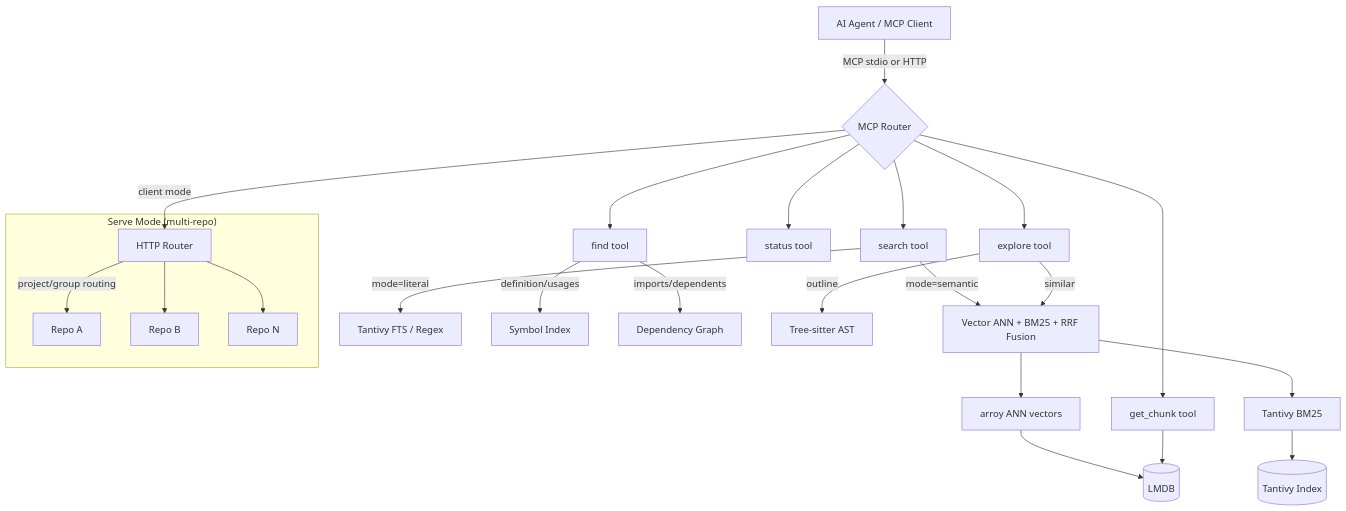
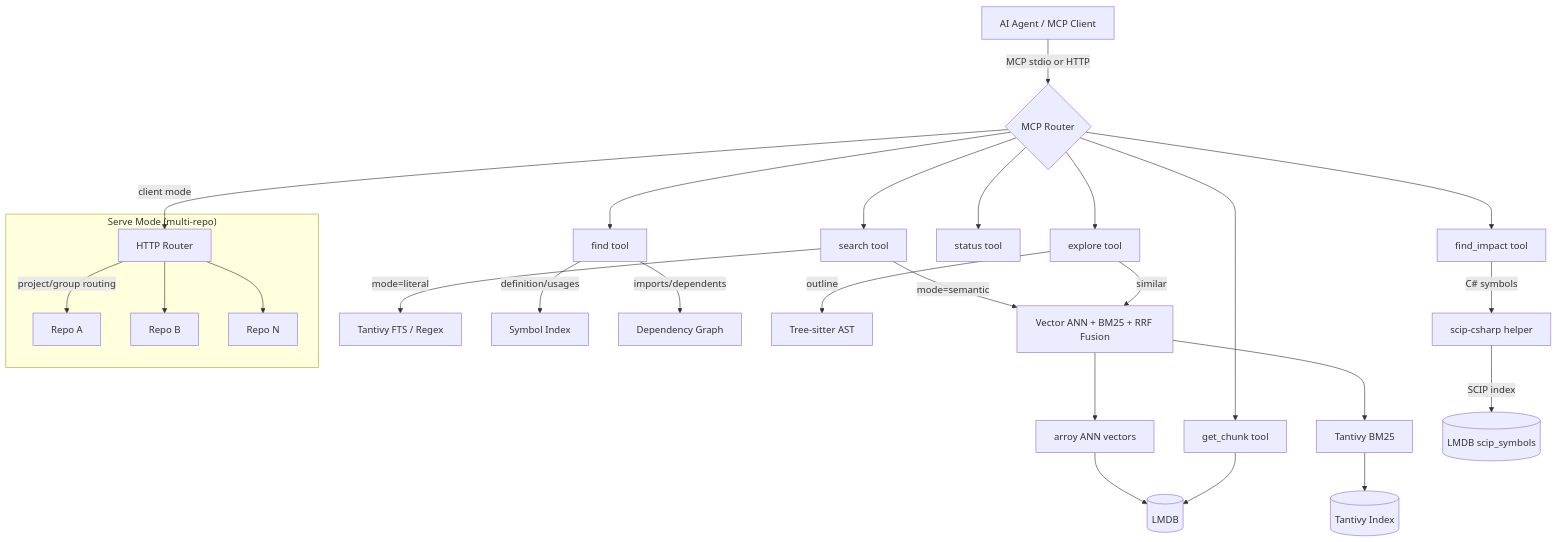
The diagram in README.md (flupkede/codesearch), drawn with Mermaid before and after one commit. The commit also changed other lines of this file and 1 other file, not shown here.

Commit message:
[worker] stage 6/6: add find_impact docs, C# semantic search section, CHANGELOG entry

````diff
--- a/README.md
+++ b/README.md
@@ -18,34 +18,38 @@
 ```mermaid
 graph TB
     Agent[AI Agent / MCP Client] -->|MCP stdio or HTTP| Router{MCP Router}
 
     Router --> Search[search tool]
     Router --> Find[find tool]
     Router --> Explore[explore tool]
     Router --> GetChunk[get_chunk tool]
+    Router --> FindImpact[find_impact tool]
     Router --> Status[status tool]
 
     Search -->|mode=semantic| Semantic[Vector ANN + BM25 + RRF Fusion]
     Search -->|mode=literal| Literal[Tantivy FTS / Regex]
 
     Find -->|definition/usages| SymbolIndex[Symbol Index]
     Find -->|imports/dependents| DepGraph[Dependency Graph]
 
     Explore -->|outline| TreeSitter[Tree-sitter AST]
     Explore -->|similar| Semantic
 
     Semantic --> Arroy[arroy ANN vectors]
     Semantic --> Tantivy[Tantivy BM25]
     Arroy --> LMDB[(LMDB)]
     Tantivy --> TantivyIdx[(Tantivy Index)]
 
     GetChunk --> LMDB
 
+    FindImpact -->|C# symbols| CSharpHelper[scip-csharp helper]
+    CSharpHelper -->|SCIP index| ScipLMDB[(LMDB scip_symbols)]
+
     subgraph "Serve Mode (multi-repo)"
         ServeRouter[HTTP Router] -->|project/group routing| Repo1[Repo A]
         ServeRouter --> Repo2[Repo B]
         ServeRouter --> RepoN[Repo N]
     end
 
     Router -->|client mode| ServeRouter
 ```
````
